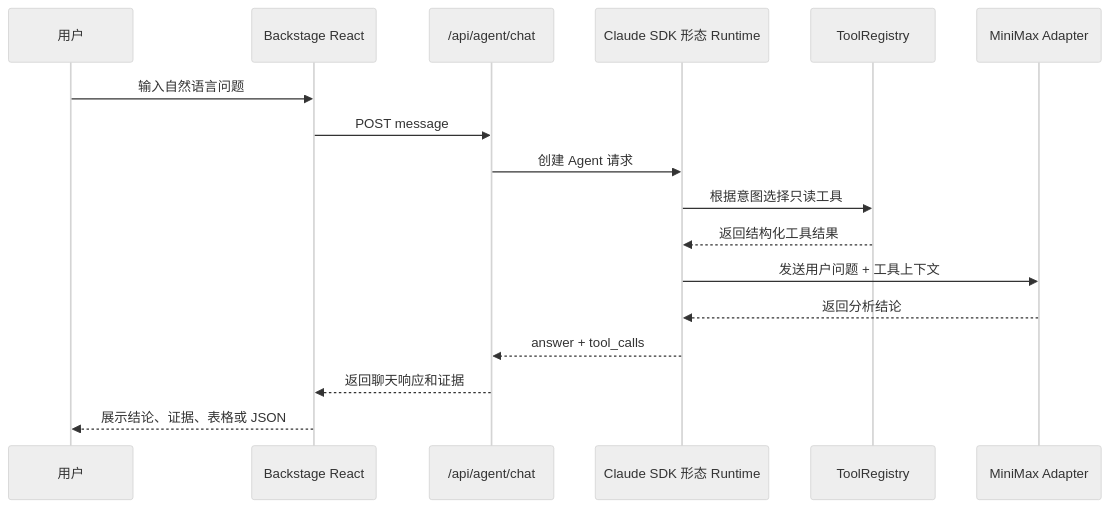
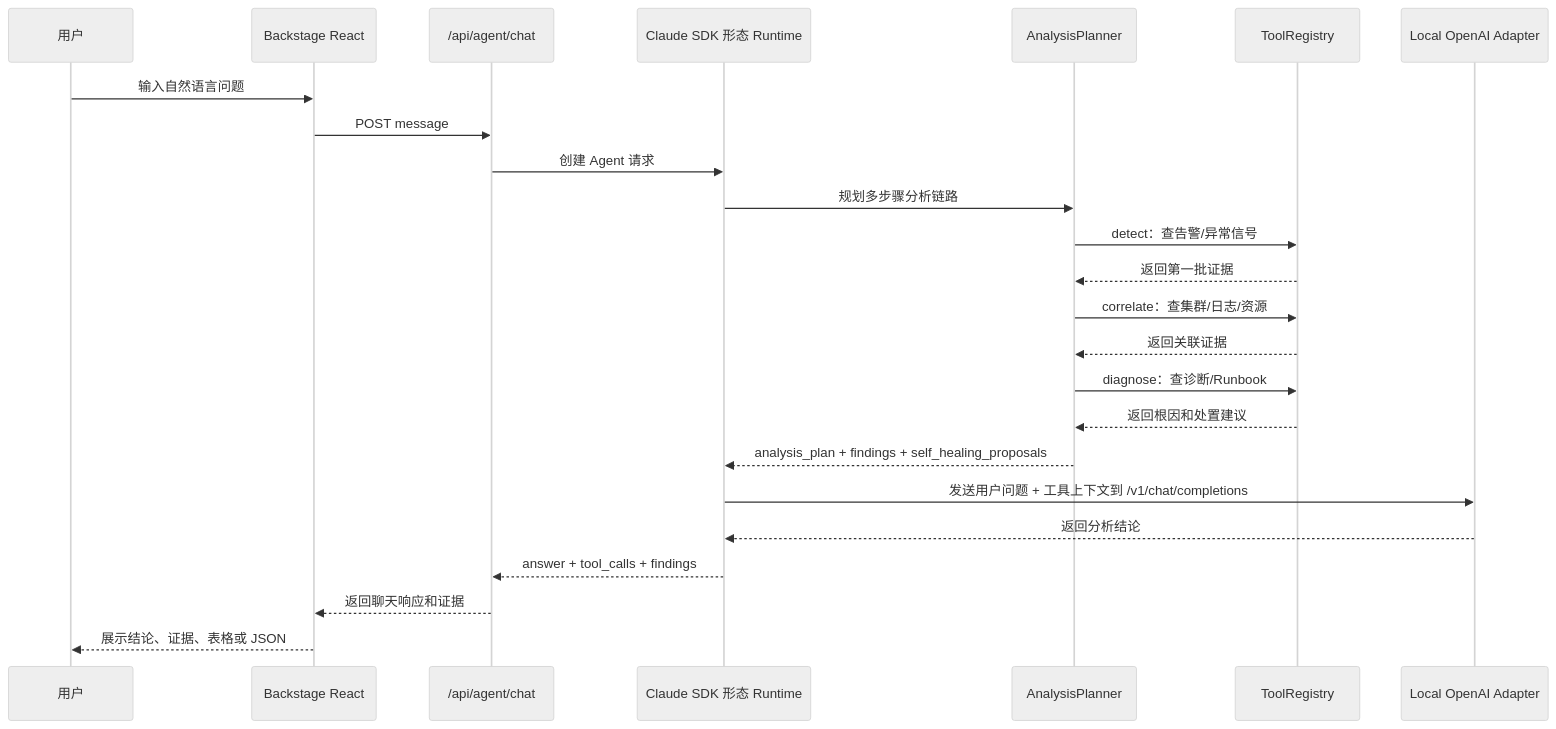
The second of 10 diagrams in README.md (chunxili/aiops), drawn with Mermaid (neutral theme) before and after one commit. The commit also changed other lines of this file and 7 other files, not shown here.

Commit message:
Add dynamic analysis planner and local model adapter

````diff
--- a/README.md
+++ b/README.md
@@ -78,20 +85,27 @@
 ```mermaid
 sequenceDiagram
   participant U as 用户
   participant B as Backstage React
   participant A as /api/agent/chat
   participant R as Claude SDK 形态 Runtime
+  participant P as AnalysisPlanner
   participant T as ToolRegistry
-  participant M as MiniMax Adapter
+  participant M as Local OpenAI Adapter
 
   U->>B: 输入自然语言问题
   B->>A: POST message
   A->>R: 创建 Agent 请求
-  R->>T: 根据意图选择只读工具
-  T-->>R: 返回结构化工具结果
-  R->>M: 发送用户问题 + 工具上下文
+  R->>P: 规划多步骤分析链路
+  P->>T: detect：查告警/异常信号
+  T-->>P: 返回第一批证据
+  P->>T: correlate：查集群/日志/资源
+  T-->>P: 返回关联证据
+  P->>T: diagnose：查诊断/Runbook
+  T-->>P: 返回根因和处置建议
+  P-->>R: analysis_plan + findings + self_healing_proposals
+  R->>M: 发送用户问题 + 工具上下文到 /v1/chat/completions
   M-->>R: 返回分析结论
-  R-->>A: answer + tool_calls
+  R-->>A: answer + tool_calls + findings
   A-->>B: 返回聊天响应和证据
   B-->>U: 展示结论、证据、表格或 JSON
 ```
````
